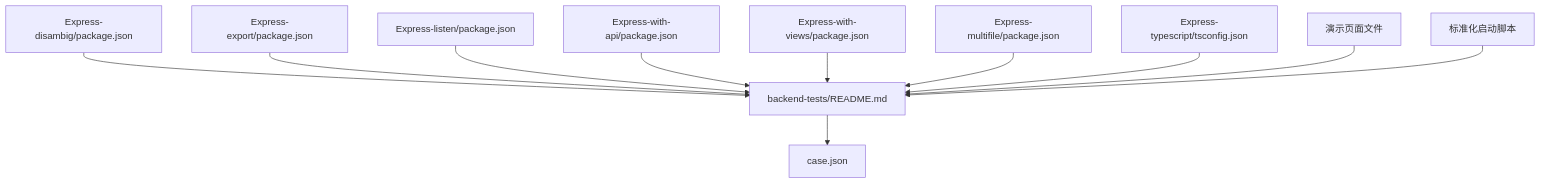
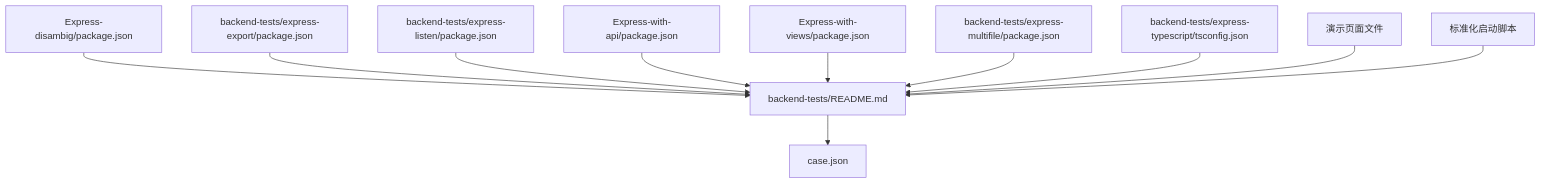
Before and after one commit to esa-sp/test-for-aone-ci: diagram 12 of 12 in .qoder/repowiki/zh/content/后端框架测试/Express框架测试.md, drawn with Mermaid. The commit also changed other lines of this file and 31 other files, not shown here.

Commit message:
feat: redesign all backend-tests fixture pages with framework-specific styles

````diff
--- a/.qoder/repowiki/zh/content/后端框架测试/Express框架测试.md
+++ b/.qoder/repowiki/zh/content/后端框架测试/Express框架测试.md
@@ -557,24 +557,24 @@
 ```mermaid
 graph TB
 P1["Express-disambig/package.json"]
-P2["Express-export/package.json"]
-P3["Express-listen/package.json"]
+P2["backend-tests/express-export/package.json"]
+P3["backend-tests/express-listen/package.json"]
 P4["Express-with-api/package.json"]
 P5["Express-with-views/package.json"]
-P6["Express-multifile/package.json"]
-P7["Express-typescript/tsconfig.json"]
+P6["backend-tests/express-multifile/package.json"]
+P7["backend-tests/express-typescript/tsconfig.json"]
 DP["演示页面文件"]
 RS["标准化启动脚本"]
 R["backend-tests/README.md"]
 C["case.json"]
 P1 --> R
 P2 --> R
 P3 --> R
 P4 --> R
 P5 --> R
 P6 --> R
 P7 --> R
 DP --> R
 RS --> R
 R --> C
 ```
````
